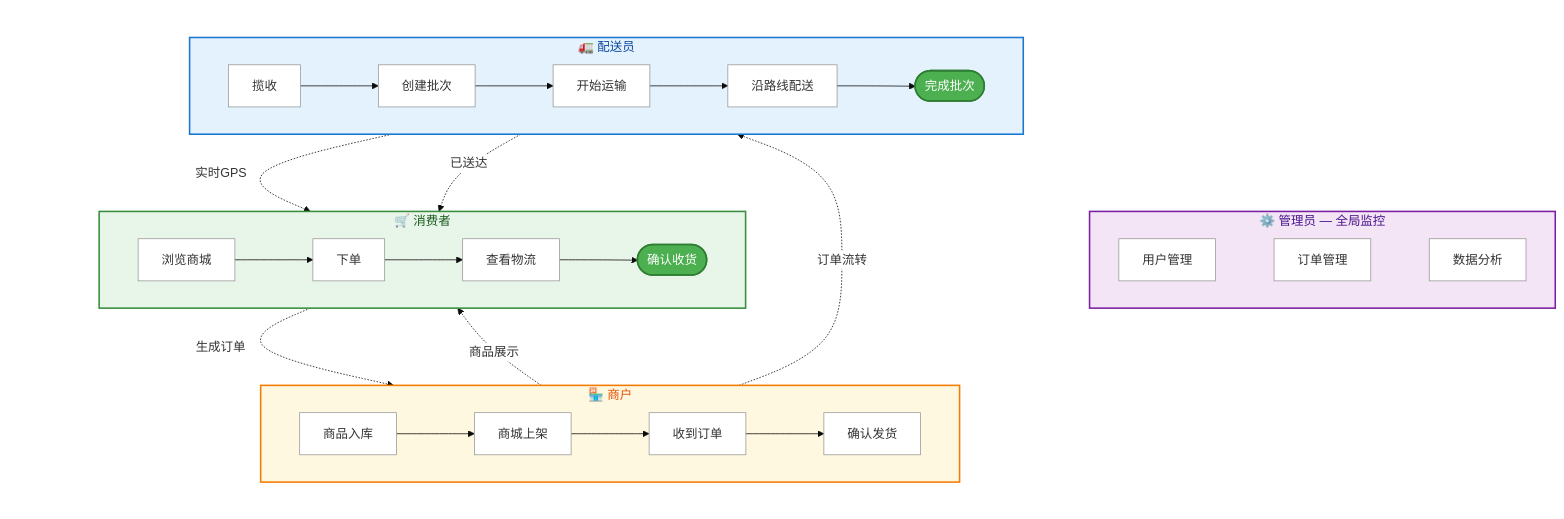
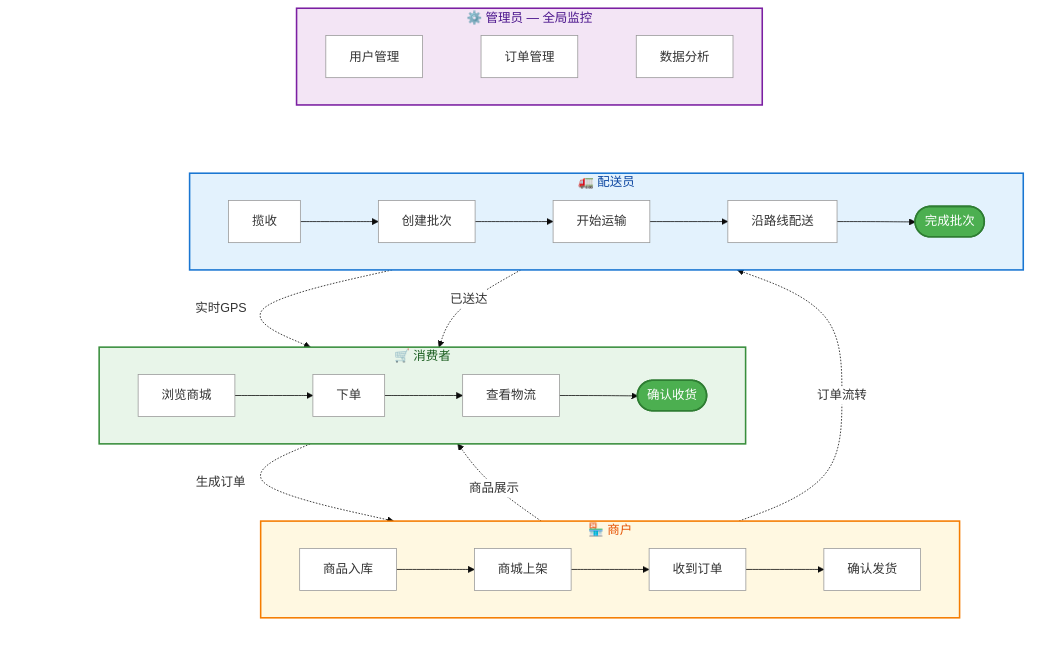
One commit to Liutianci99/grad_pilipala changed the diagram in README.md. Above: the diagram before and after it, drawn with Mermaid.

Commit message:
docs: keep admin on top with invisible link (no arrow)

````diff
--- a/README.md
+++ b/README.md
@@ -16,45 +16,47 @@
 ```mermaid
 %%{init: {'theme':'base', 'themeVariables': {'primaryColor':'#f0f0f0', 'edgeLabelBackground':'#ffffff'}}}%%
 flowchart TB
 %% === 管理员：监控全局 ===
     subgraph AdminFlow["⚙️ 管理员 — 全局监控"]
         direction LR
         UserMgmt[用户管理] ~~~ OrderMgmt[订单管理] ~~~ DataAnalysis[数据分析]
     end
 
 %% === 核心业务流程 ===
     subgraph BusinessFlow[" "]
         direction TB
 
         subgraph MerchantFlow["🏪 商户"]
             direction LR
             StockIn[商品入库] --> Publish[商城上架] --> ReceiveOrder[收到订单] --> ShipOrder[确认发货]
         end
 
         subgraph ConsumerFlow["🛒 消费者"]
             direction LR
             BrowseMall[浏览商城] --> PlaceOrder[下单] --> TrackLogistics[查看物流] --> ConfirmReceive([确认收货])
         end
 
         subgraph DriverFlow["🚛 配送员"]
             direction LR
             Pickup[揽收] --> CreateBatch[创建批次] --> StartDelivery[开始运输] --> OnRoute[沿路线配送] --> CompleteBatch([完成批次])
         end
 
         Publish -.->|商品展示| BrowseMall
         PlaceOrder -.->|生成订单| ReceiveOrder
         ShipOrder -.->|订单流转| Pickup
         OnRoute -.->|实时GPS| TrackLogistics
         CompleteBatch -.->|已送达| ConfirmReceive
     end
 
+    AdminFlow ~~~ BusinessFlow
+
     style AdminFlow fill:#F3E5F5,stroke:#7B1FA2,stroke-width:2px,color:#4A148C
     style BusinessFlow fill:none,stroke:none
     style MerchantFlow fill:#FFF8E1,stroke:#F57C00,stroke-width:2px,color:#E65100
     style ConsumerFlow fill:#E8F5E9,stroke:#388E3C,stroke-width:2px,color:#1B5E20
     style DriverFlow fill:#E3F2FD,stroke:#1976D2,stroke-width:2px,color:#0D47A1
 
     classDef default fill:#ffffff,stroke:#999999,color:#333333,stroke-width:1px
     classDef done fill:#4CAF50,stroke:#2E7D32,color:#FFFFFF,stroke-width:2px
     class ConfirmReceive,CompleteBatch done
 ```
````
